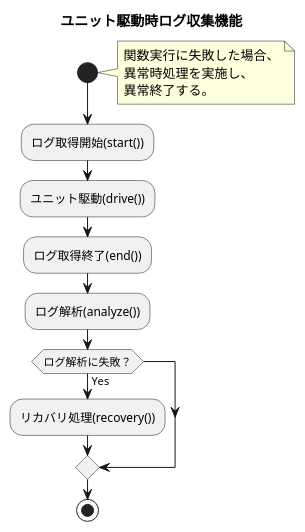
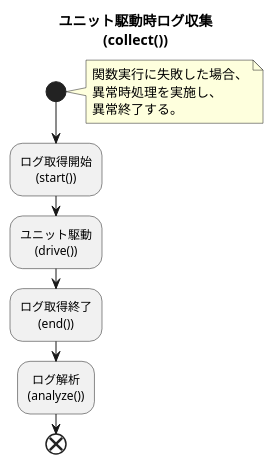
One commit to LooseMan/various_automation changed the diagram in test/spec.md. Above: the diagram before and after it, drawn with PlantUML.

Commit message:
かん

````diff
--- a/test/spec.md
+++ b/test/spec.md
@@ -23,22 +23,30 @@
 ```plantuml
 @startuml
-title ユニット駆動時ログ収集機能
+
+<style>
+activityDiagram {
+  activity {
+    HorizontalAlignment center
+  }
+}
+</style>
+
+title ユニット駆動時ログ収集\n(collect())
 
 start
 
 note right
   関数実行に失敗した場合、
   異常時処理を実施し、
   異常終了する。
 end note
 
-:ログ取得開始(start());
-:ユニット駆動(drive());
-:ログ取得終了(end());
-:ログ解析(analyze());
-if (ログ解析に失敗？) then (Yes)
-  :リカバリ処理(recovery());
-endif
-stop
+:ログ取得開始\n(start());
+:ユニット駆動\n(drive());
+:ログ取得終了\n(end());
+:ログ解析\n(analyze());
+
+end
+
 @enduml
 ```
````
